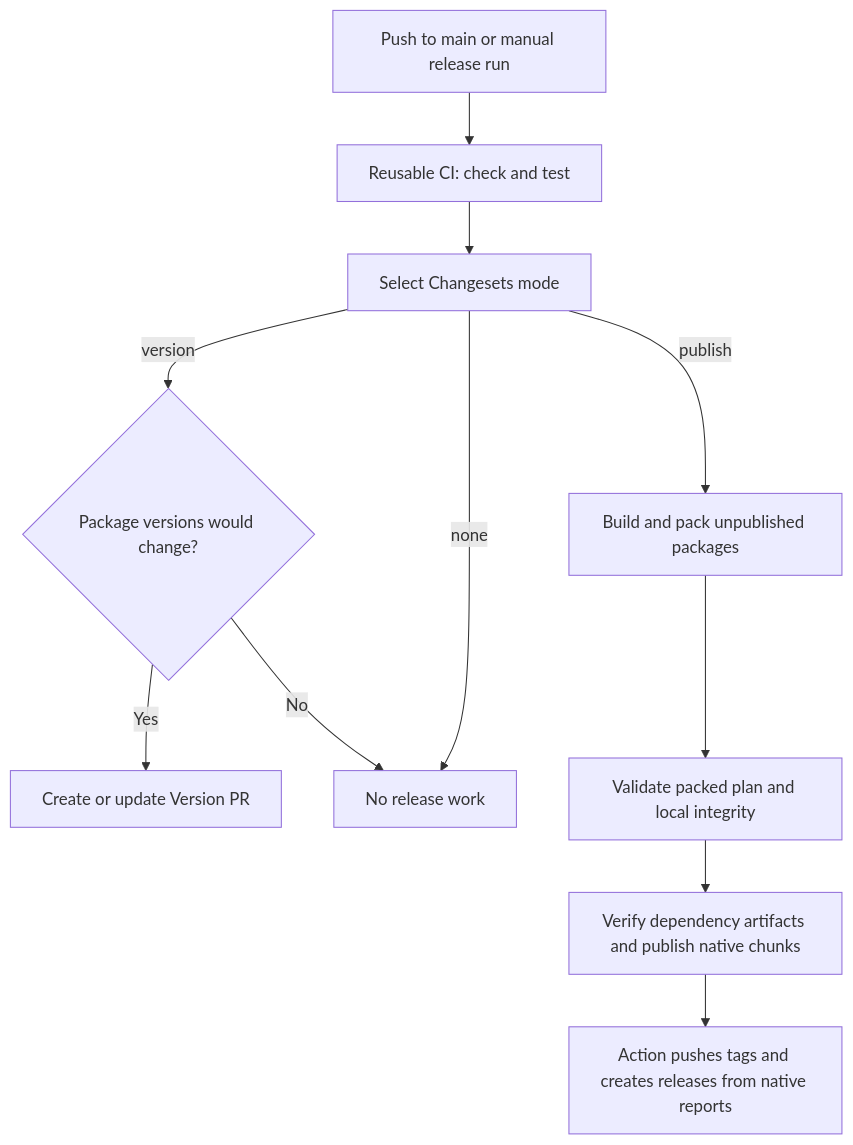
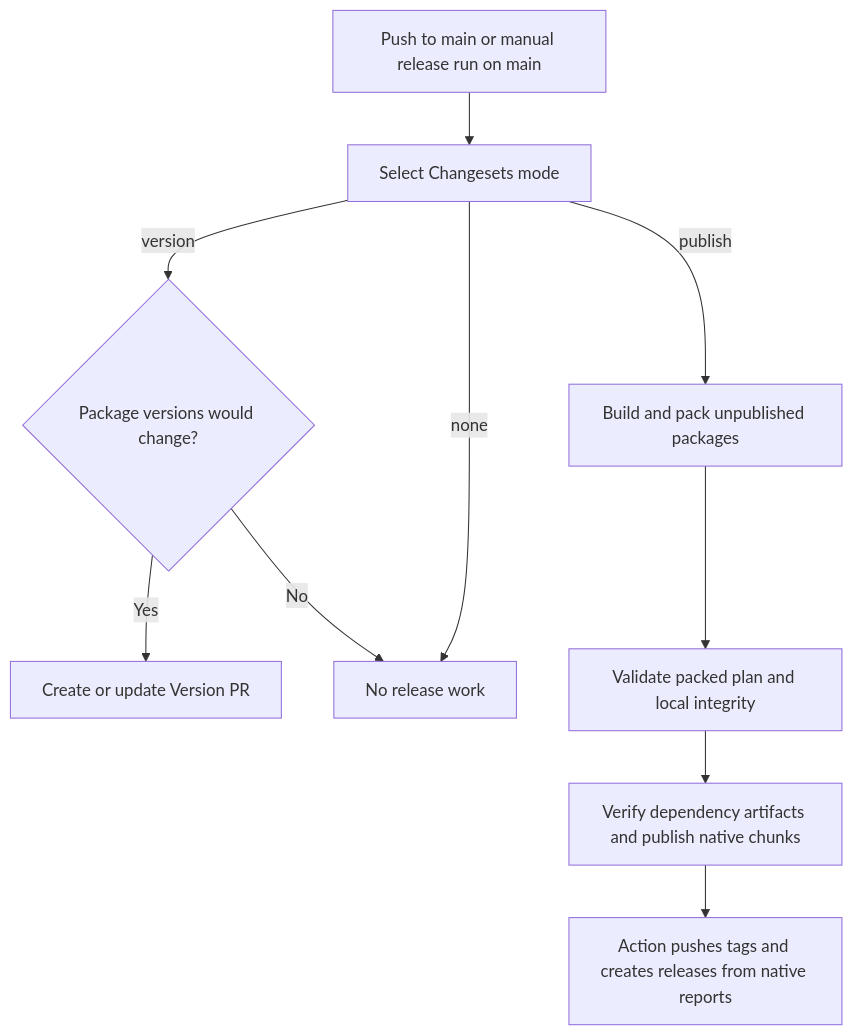
One commit to narumiruna/pi-extensions changed the diagram in docs/release-workflow.md. Above: the diagram before and after it, drawn with Mermaid. The commit also changed other lines of this file and 3 other files, not shown here.

````diff
--- a/docs/release-workflow.md
+++ b/docs/release-workflow.md
@@ -5,13 +5,12 @@
 ```mermaid
 flowchart TD
-    Push[Push to main or manual release run] --> CI[Reusable CI: check and test]
-    CI --> Select[Select Changesets mode]
+    Push[Push to main or manual release run on main] --> Select[Select Changesets mode]
     Select -->|version| Plan{Package versions would change?}
     Plan -->|Yes| Version[Create or update Version PR]
     Plan -->|No| Skip
     Select -->|publish| Pack[Build and pack unpublished packages]
     Select -->|none| Skip[No release work]
     Pack --> Guard[Validate packed plan and local integrity]
     Guard --> Publish[Verify dependency artifacts and publish native chunks]
     Publish --> Reports[Action pushes tags and creates releases from native reports]
 ```
````
